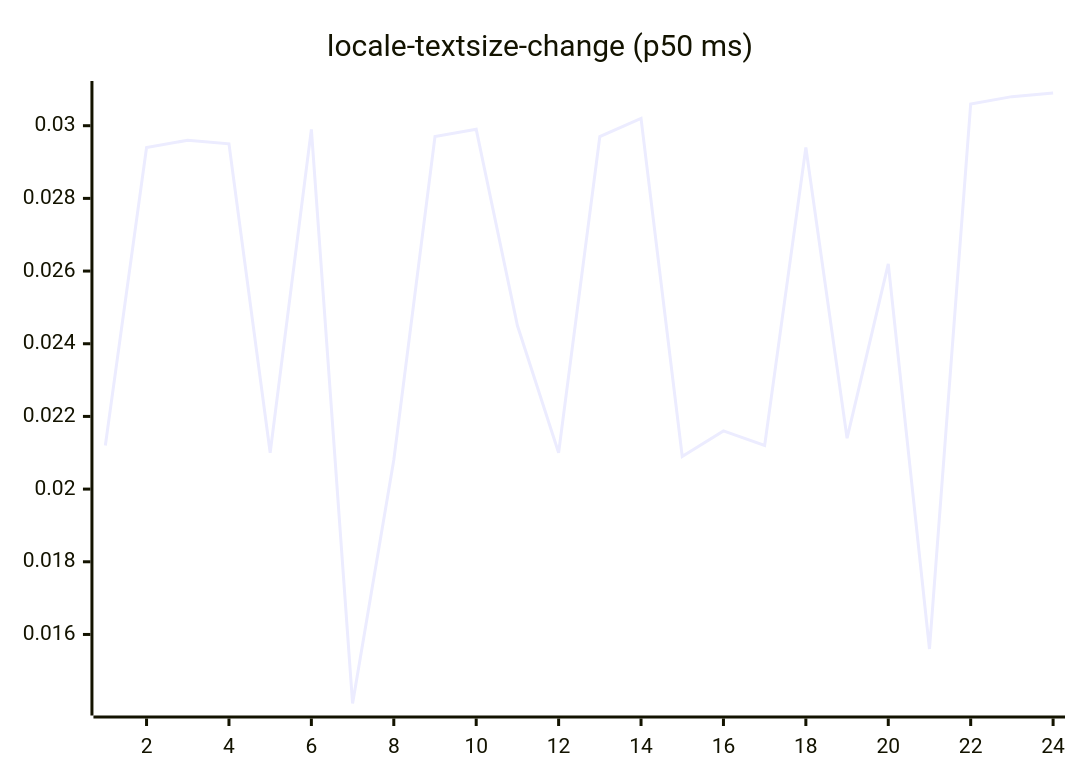
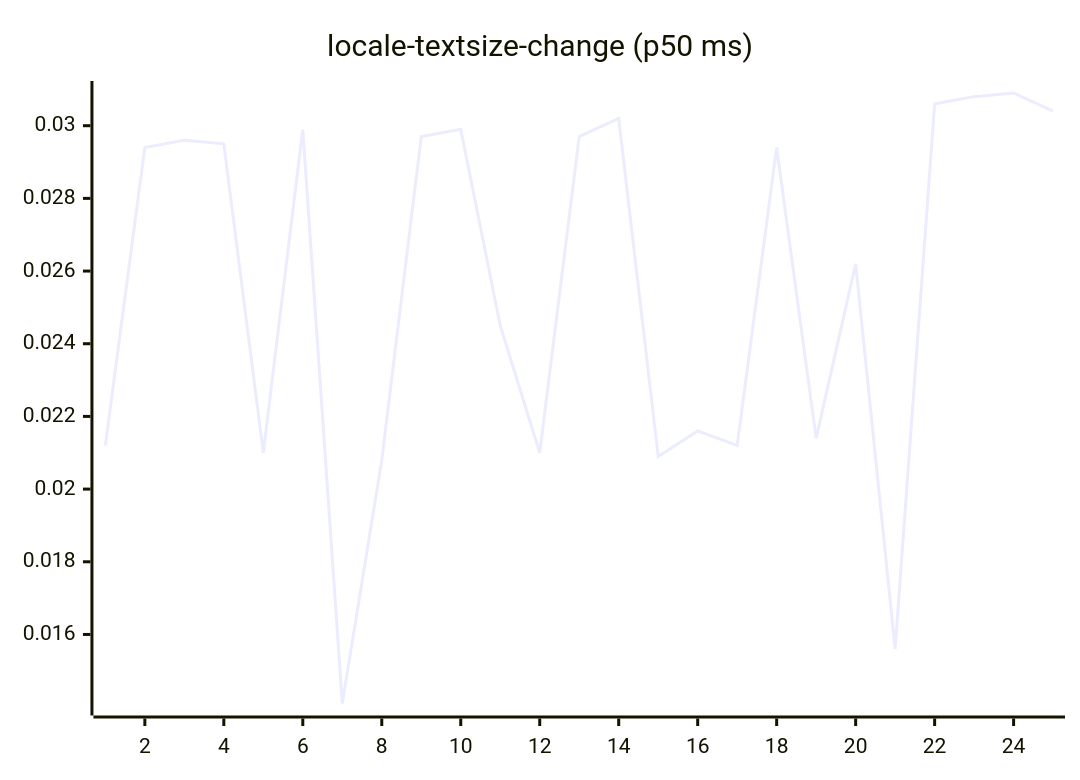
One commit to josha/Facet changed diagram 13 of 27 in README.md. Above: the diagram before and after it, drawn with Mermaid. The commit also changed other lines of this file and 2 other files, not shown here.

````diff
--- a/README.md
+++ b/README.md
@@ -147,6 +147,6 @@
 ```mermaid
 xychart-beta
     title "locale-textsize-change (p50 ms)"
-    x-axis 1 --> 24
-    line [0.0212, 0.0294, 0.0296, 0.0295, 0.0210, 0.0299, 0.0141, 0.0208, 0.0297, 0.0299, 0.0245, 0.0210, 0.0297, 0.0302, 0.0209, 0.0216, 0.0212, 0.0294, 0.0214, 0.0262, 0.0156, 0.0306, 0.0308, 0.0309]
+    x-axis 1 --> 25
+    line [0.0212, 0.0294, 0.0296, 0.0295, 0.0210, 0.0299, 0.0141, 0.0208, 0.0297, 0.0299, 0.0245, 0.0210, 0.0297, 0.0302, 0.0209, 0.0216, 0.0212, 0.0294, 0.0214, 0.0262, 0.0156, 0.0306, 0.0308, 0.0309, 0.0304]
 ```
````
